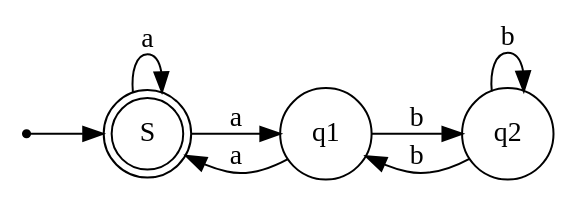
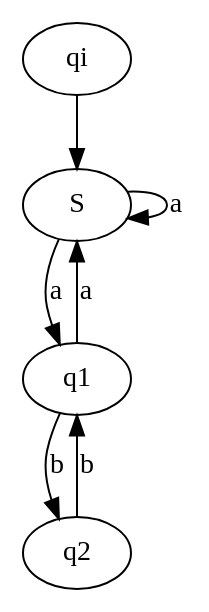
The diagram in B.dot (Caramelo18/COMP-Project), drawn with Graphviz before and after one commit. The commit also changed 6 other files, not shown here.

Commit message:
Using graphstream to parse files

```diff
--- a/B.dot
+++ b/B.dot
@@ -1,16 +1,8 @@
 digraph finite_state_machine {
-    rankdir=LR;
-    size="8,5"
-
-    node [shape = doublecircle]; S;
-    node [shape = point ]; qi
-
-    node [shape = circle];
     qi -> S;
     S  -> q1 [ label = "a" ];
     S  -> S  [ label = "a" ];
     q1 -> S  [ label = "a" ];
     q1 -> q2 [ label = "b" ];
     q2 -> q1 [ label = "b" ];
-    q2 -> q2 [ label = "b" ];
 }
```
